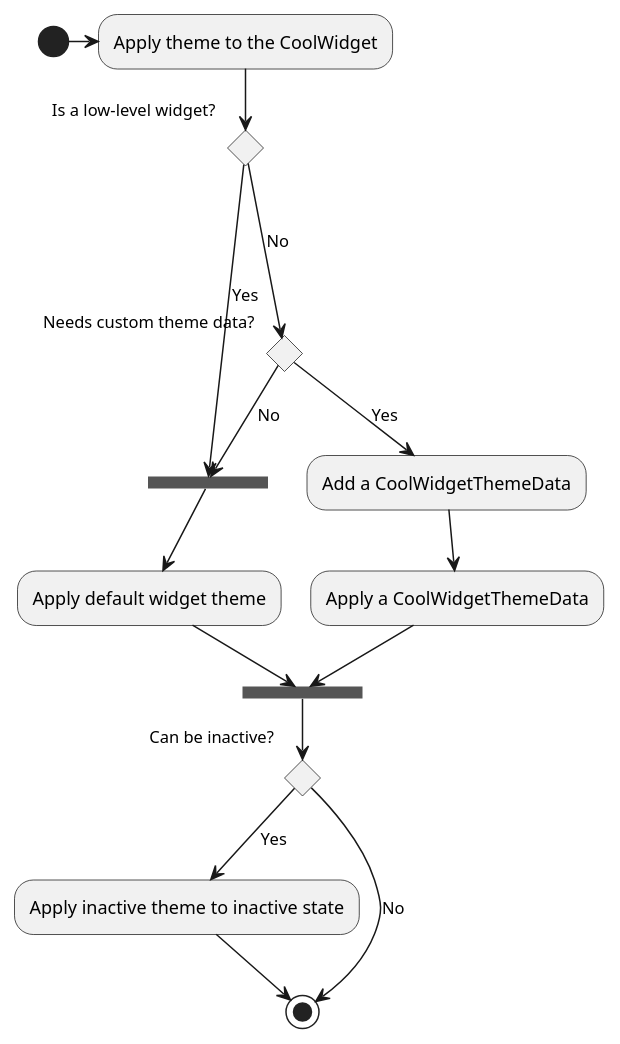
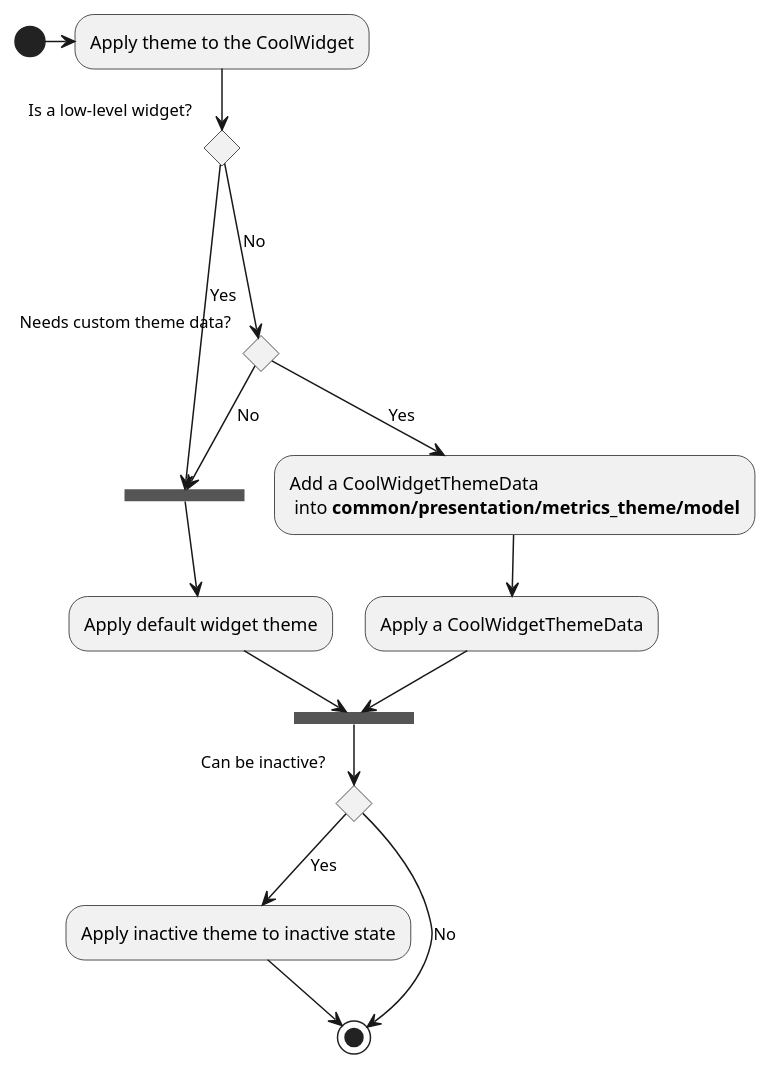
The diagram in metrics/web/docs/diagrams/apply_widget_theme_diagram.puml (Flank/flank-dashboard), drawn with PlantUML before and after one commit. The commit also changed 8 other files, not shown here.

Commit message:
Improve widget structure doc according to discussions + new theme data structure

```diff
--- a/metrics/web/docs/diagrams/apply_widget_theme_diagram.puml
+++ b/metrics/web/docs/diagrams/apply_widget_theme_diagram.puml
@@ -1,21 +1,21 @@
 @startuml apply_widget_theme_diagram
 (*) -> Apply theme to the CoolWidget
 if Is a low-level widget? then
 --> [Yes] ===STEP1===
 else
 ---> [No] if Needs custom theme data? then
---> [Yes] Add a CoolWidgetThemeData
+--> [Yes] Add a CoolWidgetThemeData \n into **common/presentation/metrics_theme/model**
 --> Apply a CoolWidgetThemeData
 --> ===STEP2===
 else
 --> [No] ===STEP1===
 endif
 --> Apply default widget theme
 --> ===STEP2===
 if Can be inactive? then
 --> [Yes] Apply inactive theme to inactive state
 --> (*)
 else
 --> [No] (*)
 endif
 @enduml
```
